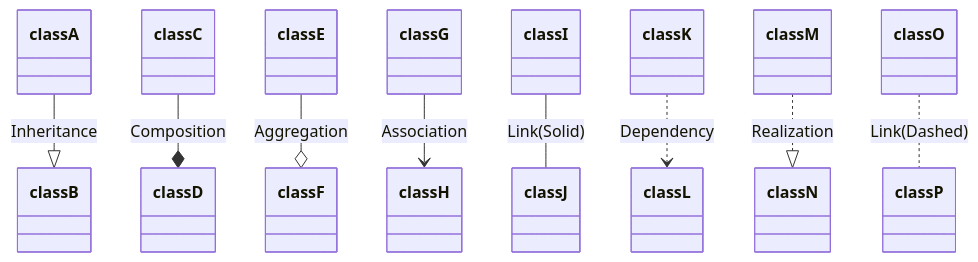
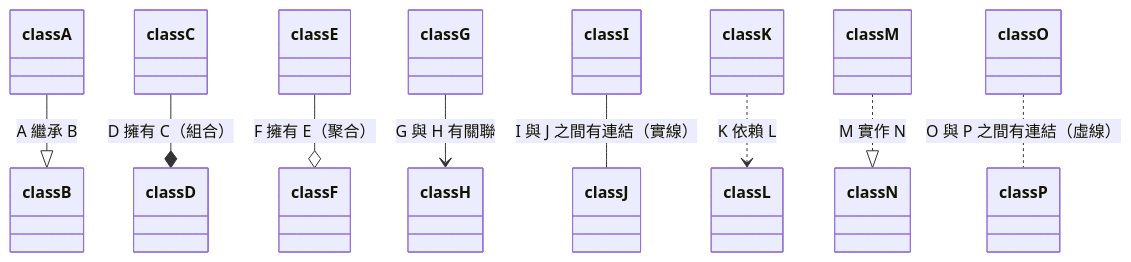
Diagram 13 of 18 in docs/11-DevTools/03-Mermaid/03-class-diagram.md (Bosh-Kuo/Bosh-Docusaurus-Dev-Notes), drawn with Mermaid before and after one commit. The commit also changed other lines of this file, not shown here.

Commit message:
docs: 更新 Mermaid 文章內容，增強類別關係說明與範例

````diff
--- a/docs/11-DevTools/03-Mermaid/03-class-diagram.md
+++ b/docs/11-DevTools/03-Mermaid/03-class-diagram.md
@@ -456,12 +478,11 @@
 ```mermaid
 classDiagram
-classA --|> classB : Inheritance
-classC --* classD : Composition
-classE --o classF : Aggregation
-classG --> classH : Association
-classI -- classJ : Link(Solid)
-classK ..> classL : Dependency
-classM ..|> classN : Realization
-classO .. classP : Link(Dashed)
-
+classA --|> classB : A 繼承 B
+classC --* classD : D 擁有 C（組合）
+classE --o classF : F 擁有 E（聚合）
+classG --> classH : G 與 H 有關聯
+classI -- classJ : I 與 J 之間有連結（實線）
+classK ..> classL : K 依賴 L
+classM ..|> classN : M 實作 N
+classO .. classP : O 與 P 之間有連結（虛線）
 ```
````
